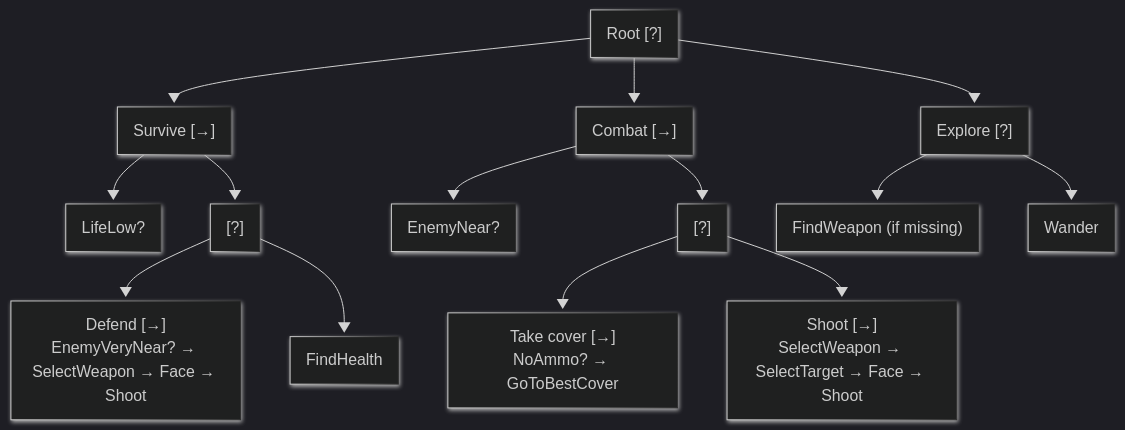
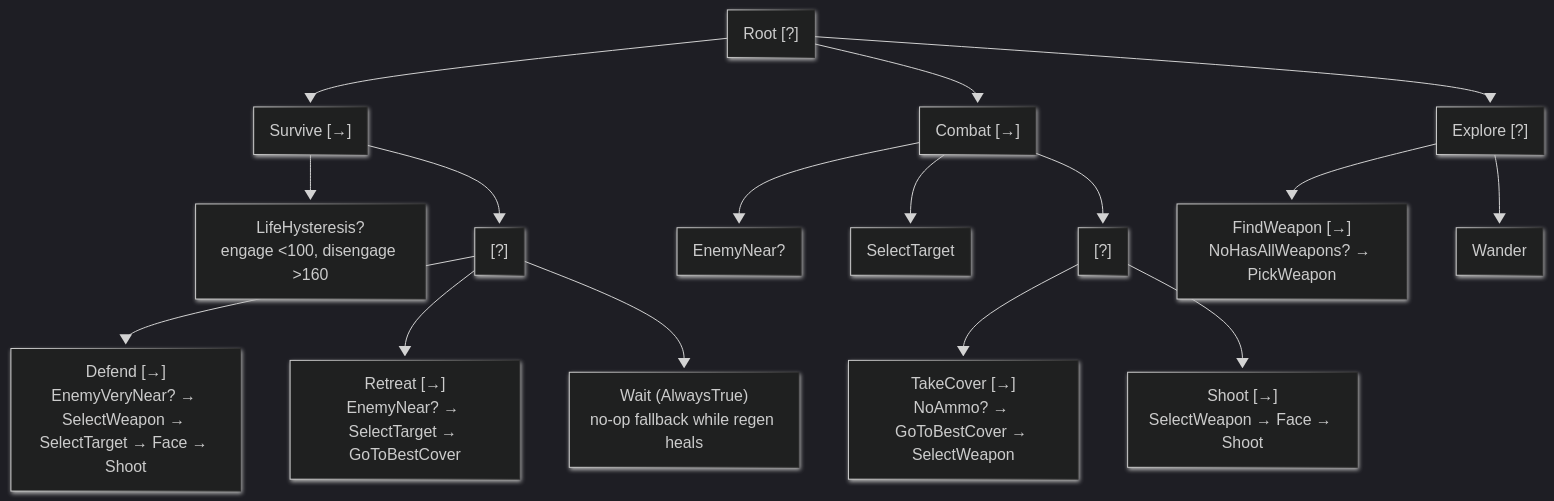
One commit to Kang-Hsi/hfsm-bt changed the third of 3 diagrams in README.md. Above: the diagram before and after it, drawn with Mermaid. The commit also changed other lines of this file, not shown here.

Commit message:
Update tree diagram in README

````diff
--- a/README.md
+++ b/README.md
@@ -133,24 +133,26 @@
 ```mermaid
 ---
 config:
   theme: dark
   look: neo
 ---
 graph TD
   Root["Root [?]"] --> SurviveBranch["Survive [→]"]
   Root --> CombatBranch["Combat [→]"]
   Root --> ExploreBranch["Explore [?]"]
 
-  SurviveBranch --> SCond["LifeLow?"]
+  SurviveBranch --> SCond["LifeHysteresis?<br>engage <100, disengage >160"]
   SurviveBranch --> SSel["[?]"]
-  SSel --> Defend["Defend [→]<br>EnemyVeryNear? → SelectWeapon → Face → Shoot"]
-  SSel --> Heal["FindHealth"]
+  SSel --> Defend["Defend [→]<br>EnemyVeryNear? → SelectWeapon → SelectTarget → Face → Shoot"]
+  SSel --> Retreat["Retreat [→]<br>EnemyNear? → SelectTarget → GoToBestCover"]
+  SSel --> Wait["Wait (AlwaysTrue)<br>no-op fallback while regen heals"]
 
   CombatBranch --> CCond["EnemyNear?"]
+  CombatBranch --> CST["SelectTarget"]
   CombatBranch --> CSel["[?]"]
-  CSel --> Cover["Take cover [→]<br>NoAmmo? → GoToBestCover"]
-  CSel --> ShootSeq["Shoot [→]<br>SelectWeapon → SelectTarget → Face → Shoot"]
+  CSel --> Cover["TakeCover [→]<br>NoAmmo? → GoToBestCover → SelectWeapon"]
+  CSel --> ShootSeq["Shoot [→]<br>SelectWeapon → Face → Shoot"]
 
-  ExploreBranch --> FW["FindWeapon (if missing)"]
+  ExploreBranch --> FW["FindWeapon [→]<br>NoHasAllWeapons? → PickWeapon"]
   ExploreBranch --> WA["Wander"]
 ```
````
